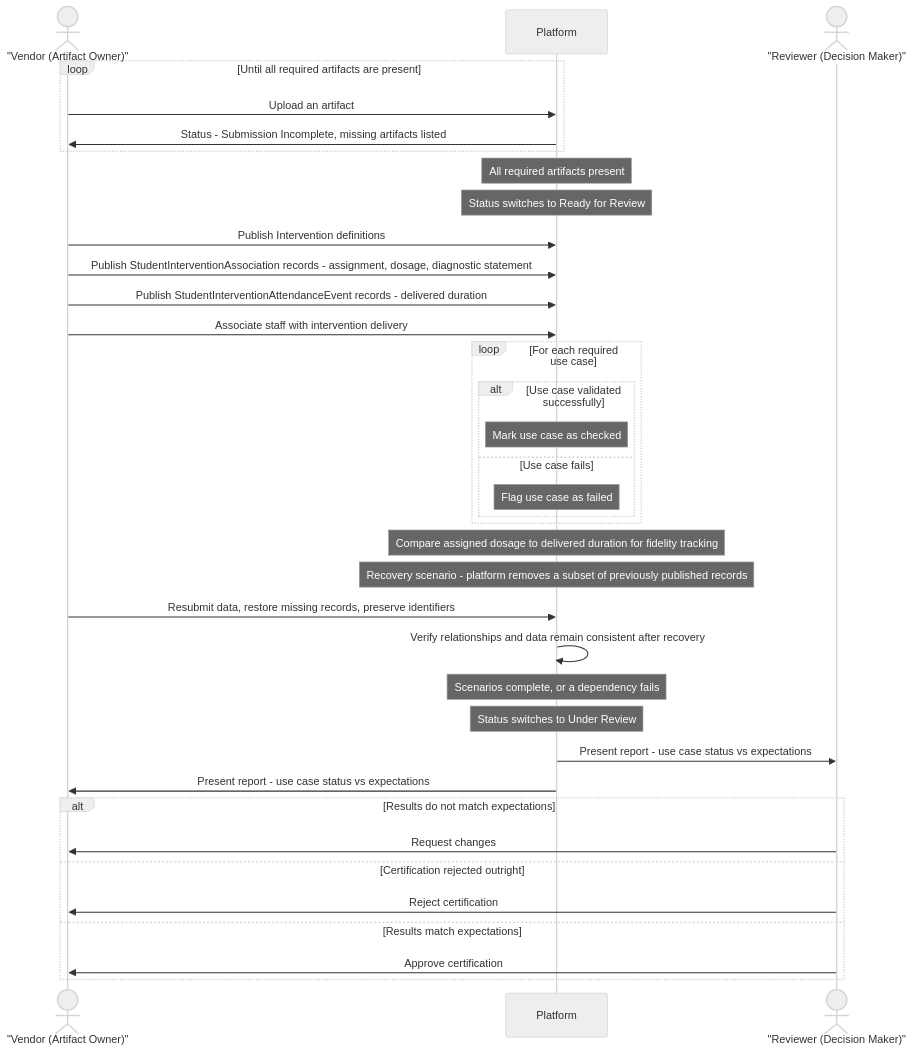
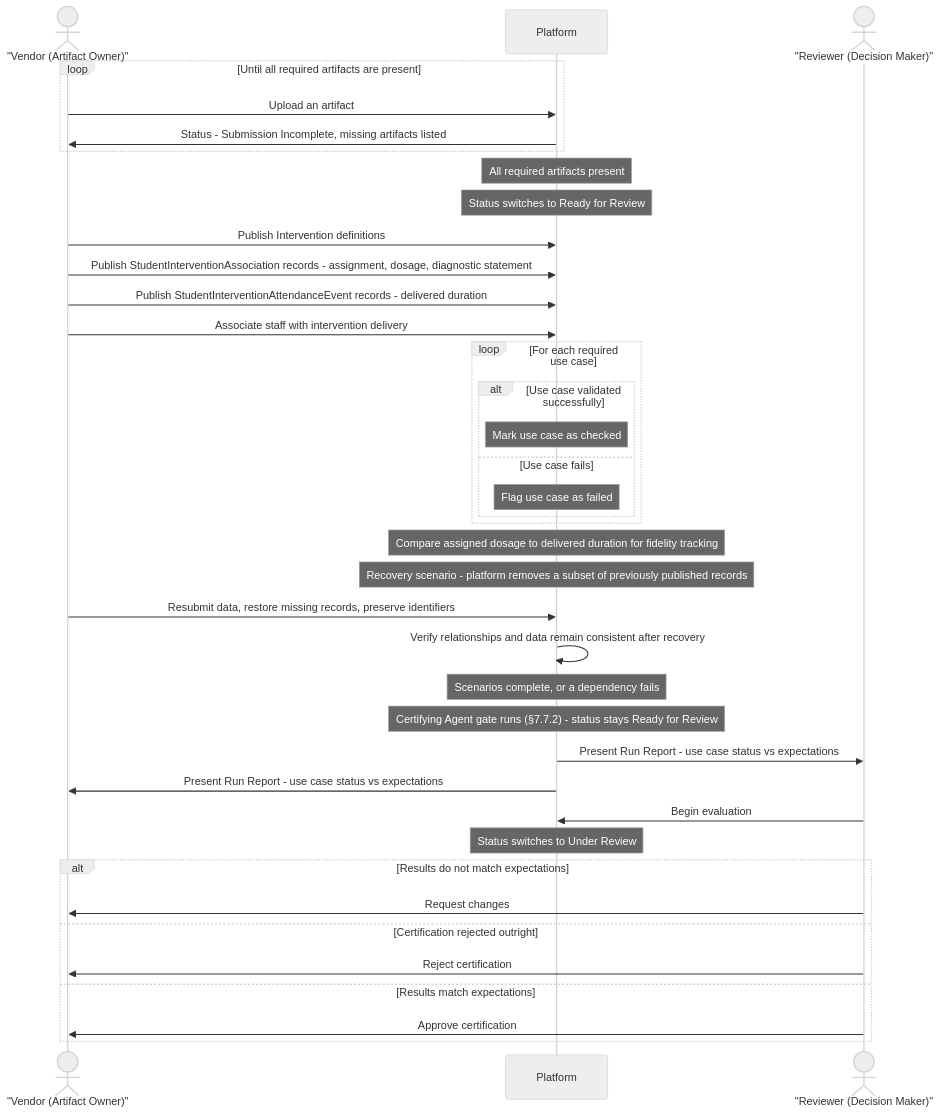
One commit to roberthunterjr/Ed-Fi-AdminApp changed diagram 11 of 12 in docs/PRD-Certification-v2.md. Above: the diagram before and after it, drawn with Mermaid (neutral theme). The commit also changed other lines of this file, not shown here.

````diff
--- a/docs/PRD-Certification-v2.md
+++ b/docs/PRD-Certification-v2.md
@@ -699,47 +708,50 @@
 ```mermaid
 sequenceDiagram
     actor Vendor as "Vendor (Artifact Owner)"
     participant Platform
     actor Reviewer as "Reviewer (Decision Maker)"
 
     loop Until all required artifacts are present
         Vendor->>Platform: Upload an artifact
         Platform->>Vendor: Status - Submission Incomplete, missing artifacts listed
     end
 
     Note over Platform: All required artifacts present
     Note over Platform: Status switches to Ready for Review
 
     Vendor->>Platform: Publish Intervention definitions
     Vendor->>Platform: Publish StudentInterventionAssociation records - assignment, dosage, diagnostic statement
     Vendor->>Platform: Publish StudentInterventionAttendanceEvent records - delivered duration
     Vendor->>Platform: Associate staff with intervention delivery
 
     loop For each required use case
         alt Use case validated successfully
             Note over Platform: Mark use case as checked
         else Use case fails
             Note over Platform: Flag use case as failed
         end
     end
 
     Note over Platform: Compare assigned dosage to delivered duration for fidelity tracking
 
     Note over Platform: Recovery scenario - platform removes a subset of previously published records
     Vendor->>Platform: Resubmit data, restore missing records, preserve identifiers
     Platform->>Platform: Verify relationships and data remain consistent after recovery
 
     Note over Platform: Scenarios complete, or a dependency fails
+    Note over Platform: Certifying Agent gate runs (§7.7.2) - status stays Ready for Review
+
+    Platform->>Reviewer: Present Run Report - use case status vs expectations
+    Platform->>Vendor: Present Run Report - use case status vs expectations
+
+    Reviewer->>Platform: Begin evaluation
     Note over Platform: Status switches to Under Review
-
-    Platform->>Reviewer: Present report - use case status vs expectations
-    Platform->>Vendor: Present report - use case status vs expectations
 
     alt Results do not match expectations
         Reviewer->>Vendor: Request changes
     else Certification rejected outright
         Reviewer->>Vendor: Reject certification
     else Results match expectations
         Reviewer->>Vendor: Approve certification
     end
 ```
````
